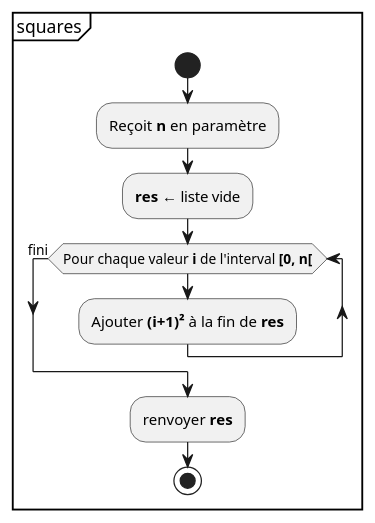
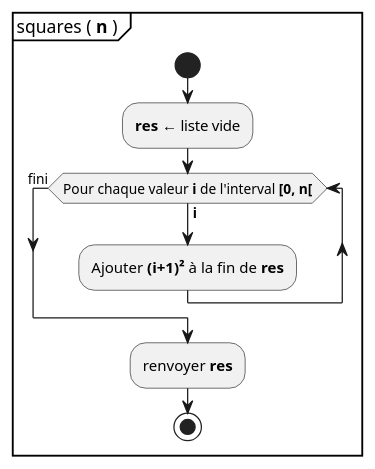
One commit to qlurkin/qlurkin.github.io changed the diagram in docs/courses/python1ba/slides/slides2/index.md. Above: the diagram before and after it, drawn with PlantUML. The commit also changed 1 other file, not shown here.

````diff
--- a/docs/courses/python1ba/slides/slides2/index.md
+++ b/docs/courses/python1ba/slides/slides2/index.md
@@ -962,15 +962,14 @@
 ```plantuml {.build}
 @startuml
-partition "squares" {
+partition "squares ( **n** ) " {
   start
-  :Reçoit **n** en paramètre;
   :**res** ← liste vide;
-  while (Pour chaque valeur **i** de l'interval **[0, n[**)
+  while (Pour chaque valeur **i** de l'interval **[0, n[**) is (**i**)
     :Ajouter **(i+1)²** à la fin de **res**;
   endwhile (fini)
   :renvoyer **res**;
   stop
 }
 
 @enduml
 ```
````
